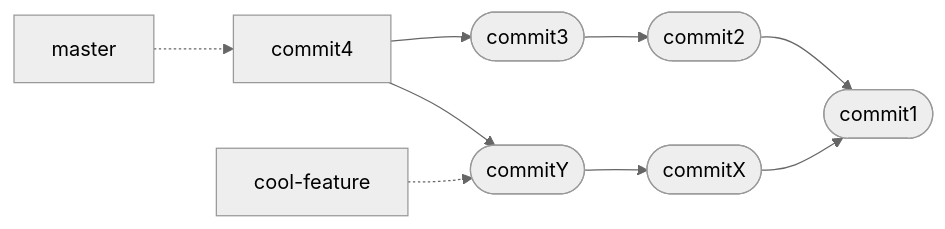
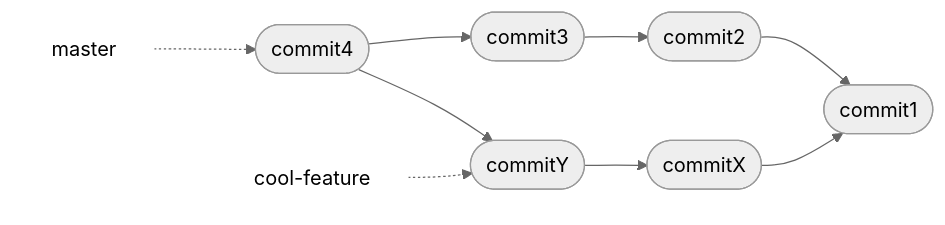
One commit to hpc2n/course-intro-git changed the second of 7 diagrams in docs/branches.md. Above: the diagram before and after it, drawn with Mermaid (neutral theme).

Commit message:
Trying to get the order correct in the mermaid diagram

````diff
--- a/docs/branches.md
+++ b/docs/branches.md
@@ -281,21 +281,24 @@
 ```mermaid
 graph LR
+
+  master["master"]
+  style master fill:#ffffff,stroke:#ffffff
+  cool-feature["cool-feature"]
+  style cool-feature fill:#ffffff,stroke:#ffffff
 
   commitX(["commitX"])
   commit1(["commit1"])
   commit2(["commit2"])
   commitY(["commitY"])
   commit3(["commit3"])
+  commit4(["commit4"])
 
-  commit2 --> commit1
-  commitX --> commit1
-  commit3 --> commit2
-  commitY --> commitX
-
-  master["master"]
   master -.-> commit4
-  cool-feature["cool-feature"]
-  cool-feature -.-> commitY
   commit4 --> commit3
   commit4 --> commitY
+  cool-feature -.-> commitY
+  commit3 --> commit2
+  commit2 --> commit1
+  commitY --> commitX
+  commitX --> commit1
 ```
````
